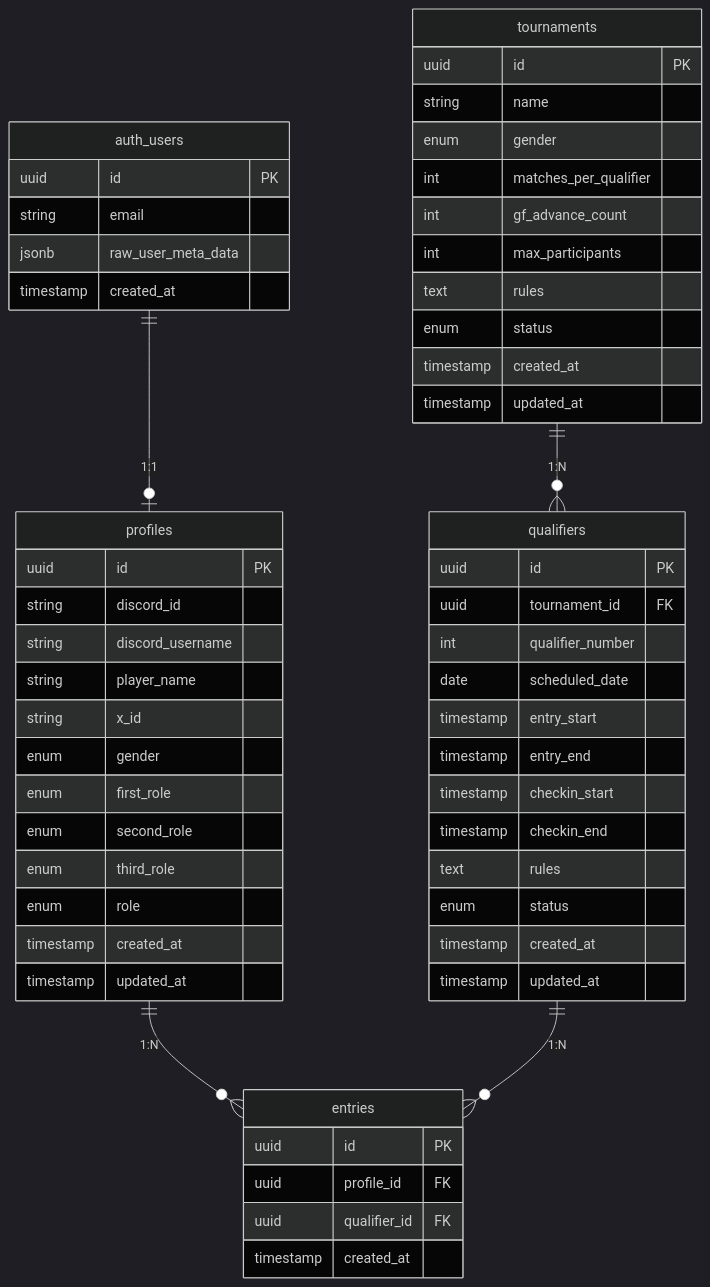
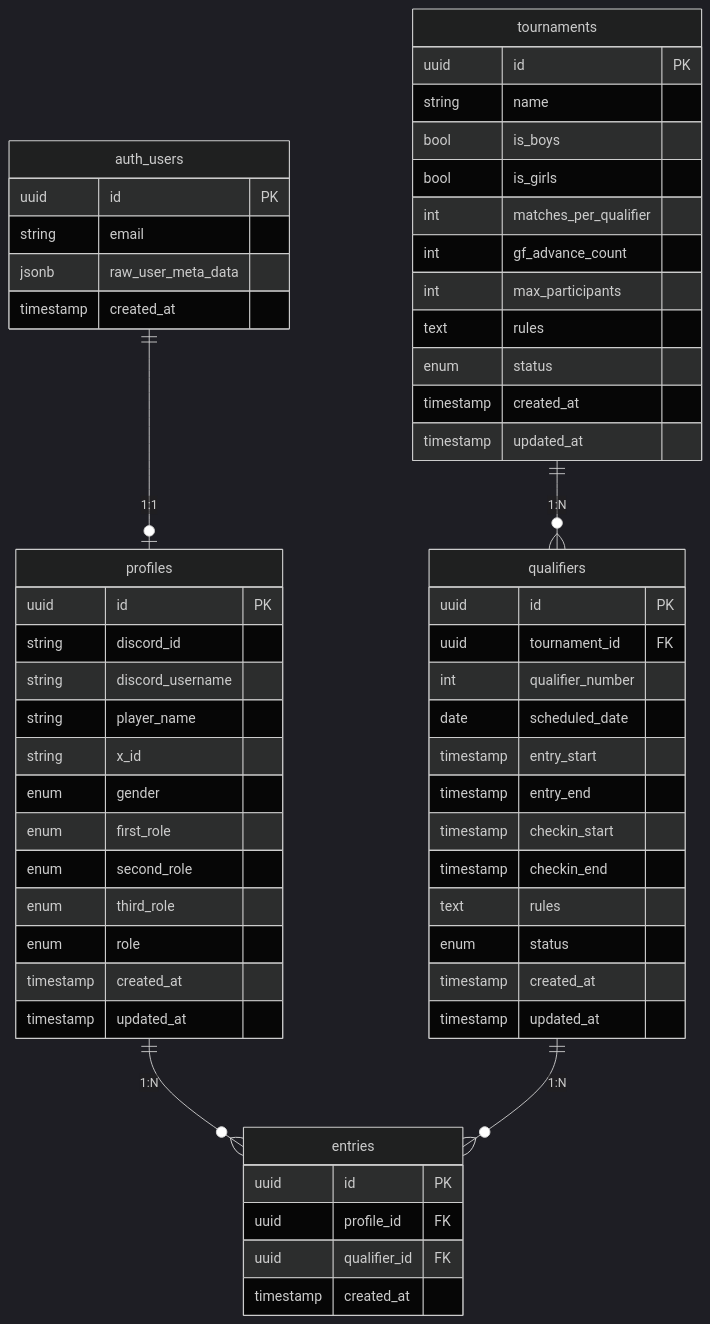
The diagram in docs/database_design.md (juv-shun/JiroRimi), drawn with Mermaid (dark theme) before and after one commit. The commit also changed other lines of this file and 1 other file, not shown here.

First line of the commit message:
docs: 大会カテゴリをgender enumからis_boys/is_girlsブール値に変更

````diff
--- a/docs/database_design.md
+++ b/docs/database_design.md
@@ -9,64 +9,65 @@
 ```mermaid
 erDiagram
     auth_users ||--o| profiles : "1:1"
     profiles ||--o{ entries : "1:N"
     tournaments ||--o{ qualifiers : "1:N"
     qualifiers ||--o{ entries : "1:N"
 
     auth_users {
         uuid id PK
         string email
         jsonb raw_user_meta_data
         timestamp created_at
     }
 
     profiles {
         uuid id PK
         string discord_id
         string discord_username
         string player_name
         string x_id
         enum gender
         enum first_role
         enum second_role
         enum third_role
         enum role
         timestamp created_at
         timestamp updated_at
     }
 
     tournaments {
         uuid id PK
         string name
-        enum gender
+        bool is_boys
+        bool is_girls
         int matches_per_qualifier
         int gf_advance_count
         int max_participants
         text rules
         enum status
         timestamp created_at
         timestamp updated_at
     }
 
     qualifiers {
         uuid id PK
         uuid tournament_id FK
         int qualifier_number
         date scheduled_date
         timestamp entry_start
         timestamp entry_end
         timestamp checkin_start
         timestamp checkin_end
         text rules
         enum status
         timestamp created_at
         timestamp updated_at
     }
 
     entries {
         uuid id PK
         uuid profile_id FK
         uuid qualifier_id FK
         timestamp created_at
     }
 ```
````
